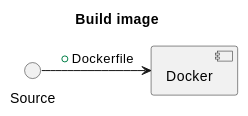
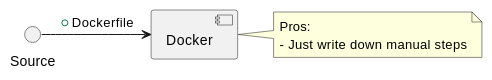
One commit to midujs/demo-deploy-app changed the third of 5 diagrams in README.md. Above: the diagram before and after it, drawn with PlantUML. The commit also changed other lines of this file, not shown here.

Commit message:
Update uml

````diff
--- a/README.md
+++ b/README.md
@@ -29,7 +31,10 @@
 ```plantuml
 @startuml
-title Build image
+Source -> [Docker]: +Dockerfile
 
-Source -> [Docker]: +Dockerfile
+note right
+  Pros:
+  - Just write down manual steps
+end note
 @enduml
 ```
````
